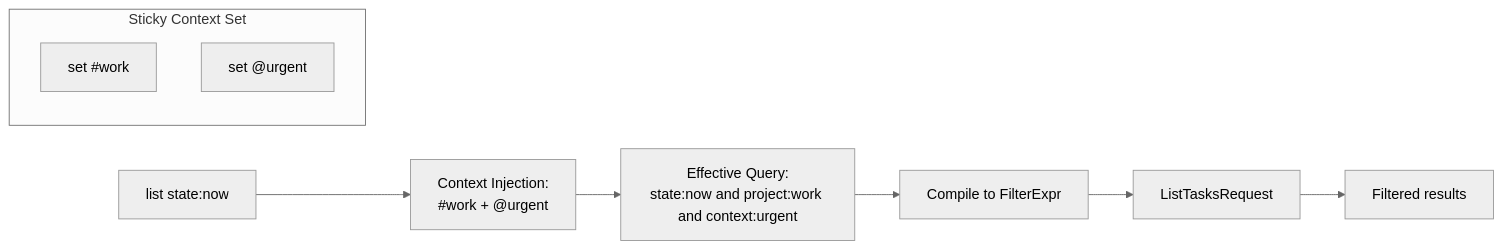
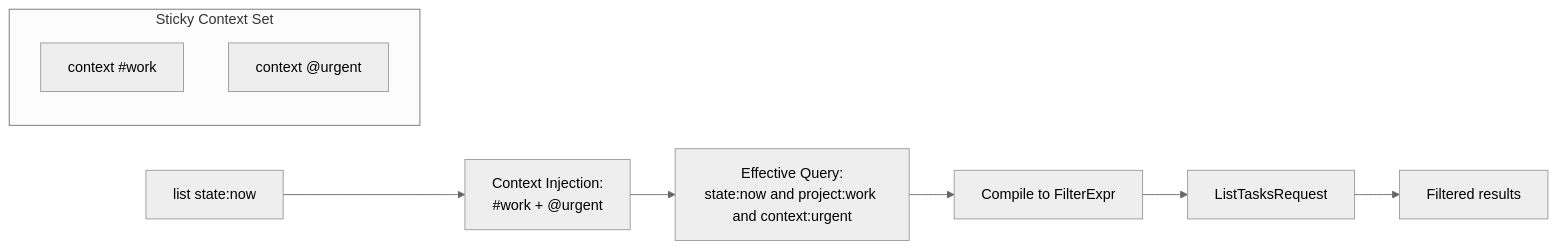
The ninth of 9 diagrams in docs/shell-and-dsl.md (mholtzscher/ugh), drawn with Mermaid (neutral theme) before and after one commit. The commit also changed other lines of this file and 1 other file, not shown here.

First line of the commit message:
feat(shell): rename context commands from 'set' to 'context' syntax (#41)

````diff
--- a/docs/shell-and-dsl.md
+++ b/docs/shell-and-dsl.md
@@ -245,13 +245,13 @@
 ```mermaid
 flowchart LR
     subgraph Context["Sticky Context Set"]
-        C1["set #work"]
-        C2["set @urgent"]
+        C1["context #work"]
+        C2["context @urgent"]
     end
 
     A["list state:now"] --> B["Context Injection:<br/>#work + @urgent"]
     B --> C["Effective Query:<br/>state:now and project:work and context:urgent"]
     C --> D["Compile to FilterExpr"]
     D --> E["ListTasksRequest"]
     E --> F["Filtered results"]
 ```
````
